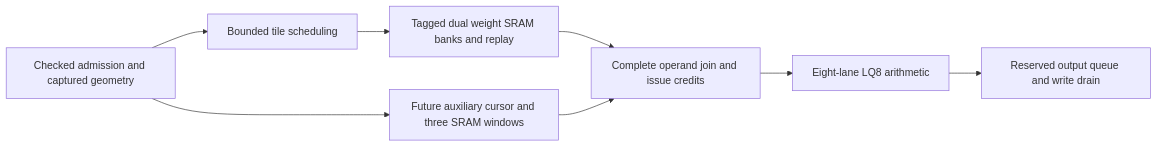
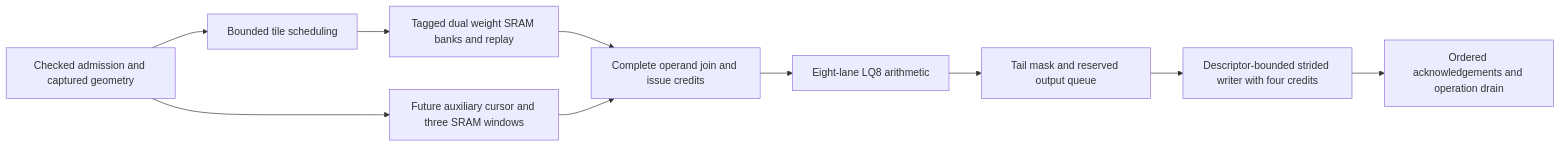
The first of 2 diagrams in docs/REFINED_ARCHITECTURE_AND_OPTIMIZATION_REPORT.md (bojieli/OpenTallas), drawn with Mermaid before and after one commit. The commit also changed other lines of this file and 16 other files, not shown here.

Commit message:
Refresh architecture report and retain verified writer timing evidence

````diff
--- a/docs/REFINED_ARCHITECTURE_AND_OPTIMIZATION_REPORT.md
+++ b/docs/REFINED_ARCHITECTURE_AND_OPTIMIZATION_REPORT.md
@@ -26,10 +27,12 @@
 ```mermaid
 flowchart LR
     A[Checked admission and captured geometry] --> B[Bounded tile scheduling]
     B --> C[Tagged dual weight SRAM banks and replay]
     A --> D[Future auxiliary cursor and three SRAM windows]
     C --> E[Complete operand join and issue credits]
     D --> E
     E --> F[Eight-lane LQ8 arithmetic]
-    F --> G[Reserved output queue and write drain]
+    F --> G[Tail mask and reserved output queue]
+    G --> H[Descriptor-bounded strided writer with four credits]
+    H --> I[Ordered acknowledgements and operation drain]
 ```
````
